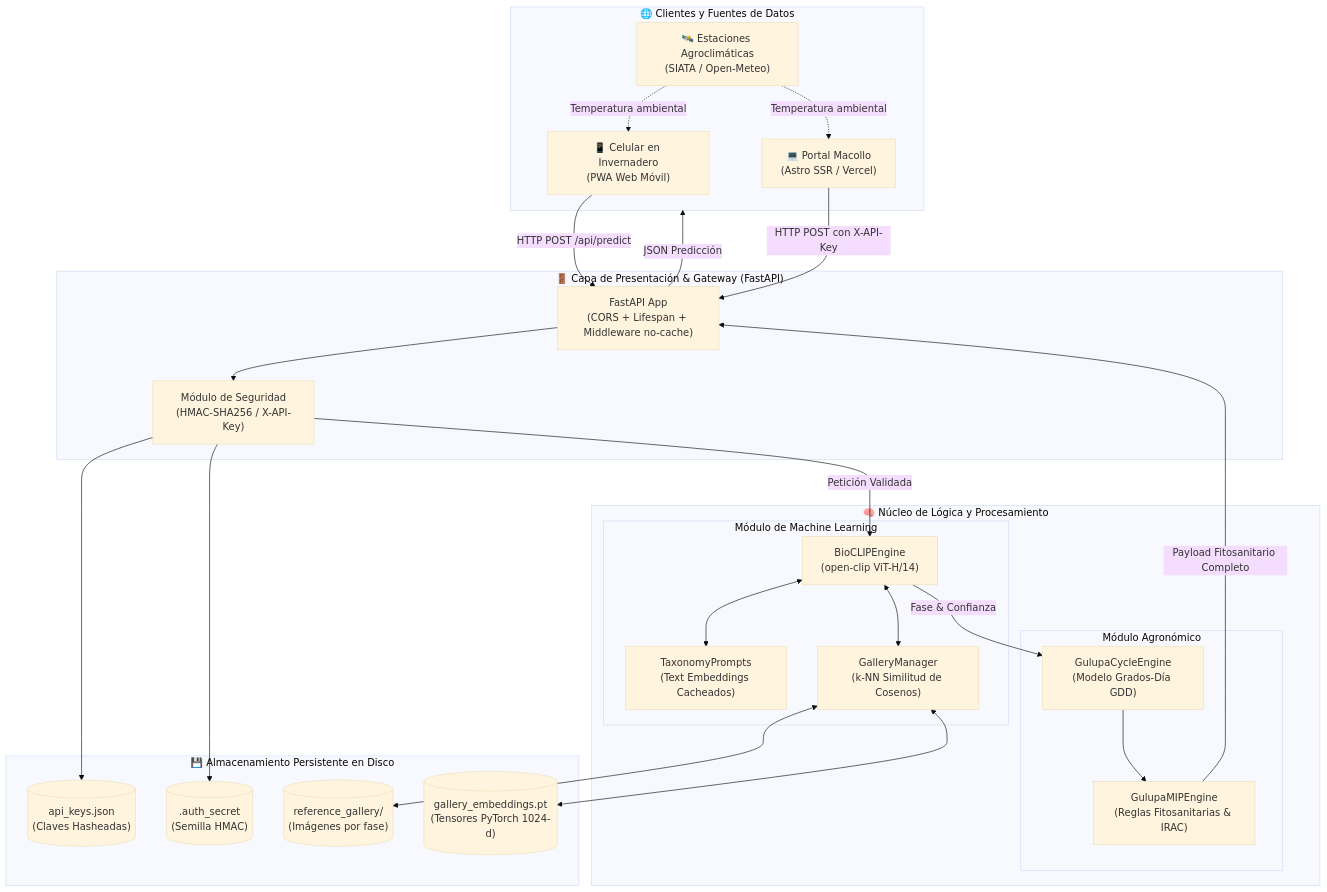
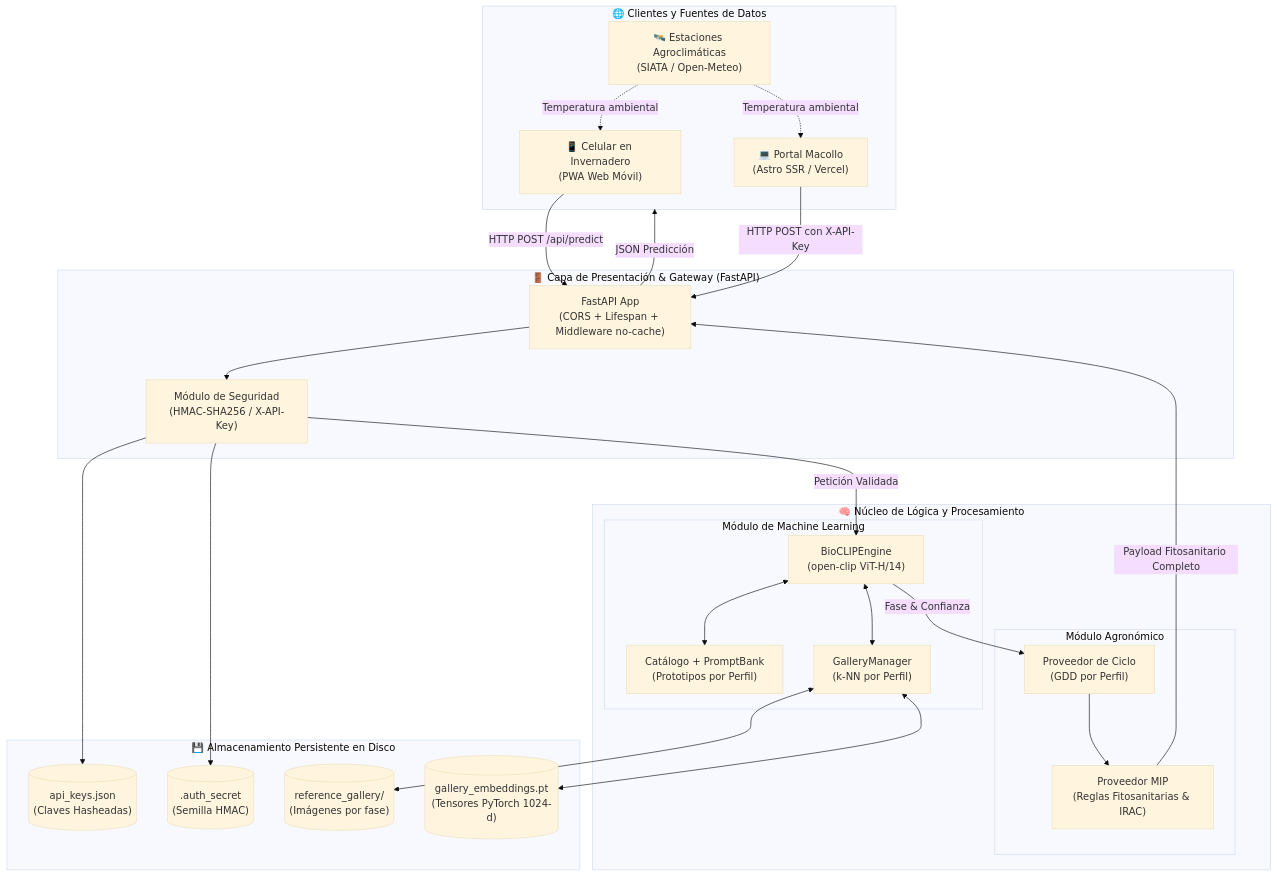
One commit to VoctorMCL/macollo-trips-api changed the first of 2 diagrams in docs/ARCHITECTURE.md. Above: the diagram before and after it, drawn with Mermaid (base theme). The commit also changed other lines of this file and 61 other files, not shown here.

````diff
--- a/docs/ARCHITECTURE.md
+++ b/docs/ARCHITECTURE.md
@@ -20,53 +20,53 @@
 ```mermaid
 graph TD
     subgraph Clientes ["🌐 Clientes y Fuentes de Datos"]
         C1["📱 Celular en Invernadero<br/>(PWA Web Móvil)"]
         C2["💻 Portal Macollo<br/>(Astro SSR / Vercel)"]
         C3["🛰️ Estaciones Agroclimáticas<br/>(SIATA / Open-Meteo)"]
     end
 
     subgraph Gateway ["🚪 Capa de Presentación & Gateway (FastAPI)"]
         GW["FastAPI App<br/>(CORS + Lifespan + Middleware no-cache)"]
         AUTH_MW["Módulo de Seguridad<br/>(HMAC-SHA256 / X-API-Key)"]
     end
 
     subgraph Core ["🧠 Núcleo de Lógica y Procesamiento"]
         subgraph ML_Subsystem ["Módulo de Machine Learning"]
             ENG["BioCLIPEngine<br/>(open-clip ViT-H/14)"]
-            PROMPTS["TaxonomyPrompts<br/>(Text Embeddings Cacheados)"]
-            GALLERY["GalleryManager<br/>(k-NN Similitud de Cosenos)"]
+            PROMPTS["Catálogo + PromptBank<br/>(Prototipos por Perfil)"]
+            GALLERY["GalleryManager<br/>(k-NN por Perfil)"]
         end
 
         subgraph Agro_Subsystem ["Módulo Agronómico"]
-            CYCLE["GulupaCycleEngine<br/>(Modelo Grados-Día GDD)"]
-            MIP["GulupaMIPEngine<br/>(Reglas Fitosanitarias & IRAC)"]
+            CYCLE["Proveedor de Ciclo<br/>(GDD por Perfil)"]
+            MIP["Proveedor MIP<br/>(Reglas Fitosanitarias & IRAC)"]
         end
     end
 
     subgraph Storage ["💾 Almacenamiento Persistente en Disco"]
         KEYS_DB[("api_keys.json<br/>(Claves Hasheadas)")]
         SECRET_FILE[(".auth_secret<br/>(Semilla HMAC)")]
         GALLERY_FILES[("reference_gallery/<br/>(Imágenes por fase)")]
         EMB_INDEX[("gallery_embeddings.pt<br/>(Tensores PyTorch 1024-d)")]
     end
 
     C1 -->|HTTP POST /api/predict| GW
     C2 -->|HTTP POST con X-API-Key| GW
     C3 -.->|Temperatura ambiental| C1
     C3 -.->|Temperatura ambiental| C2
 
     GW --> AUTH_MW
     AUTH_MW --> KEYS_DB
     AUTH_MW --> SECRET_FILE
 
     AUTH_MW -->|Petición Validada| ENG
     ENG <--> PROMPTS
     ENG <--> GALLERY
     GALLERY <--> GALLERY_FILES
     GALLERY <--> EMB_INDEX
 
     ENG -->|Fase & Confianza| CYCLE
     CYCLE --> MIP
     MIP -->|Payload Fitosanitario Completo| GW
     GW -->|JSON Predicción| Clientes
 ```
````
